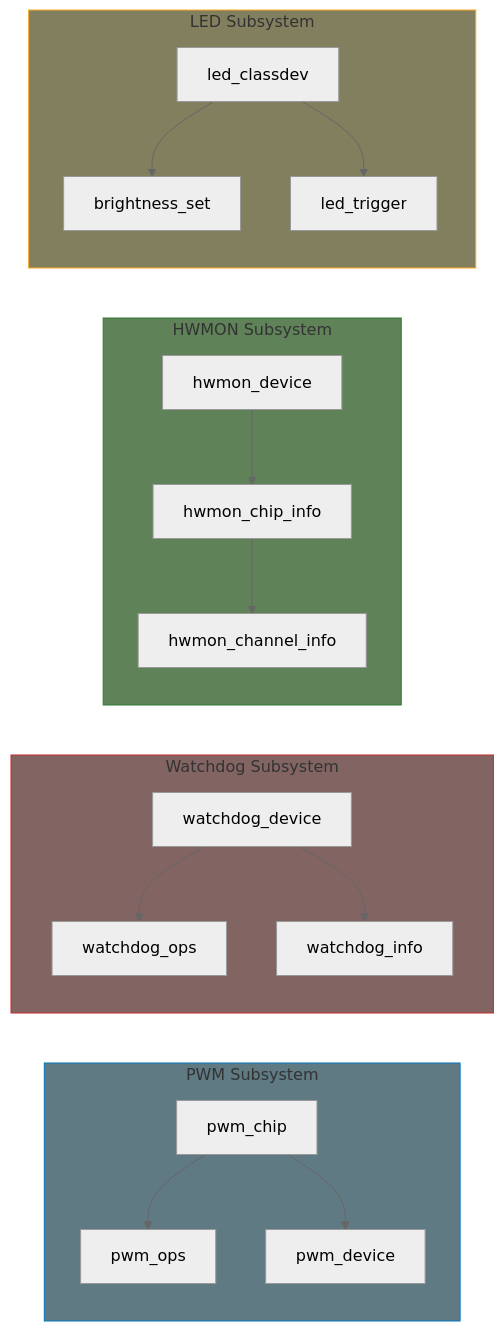
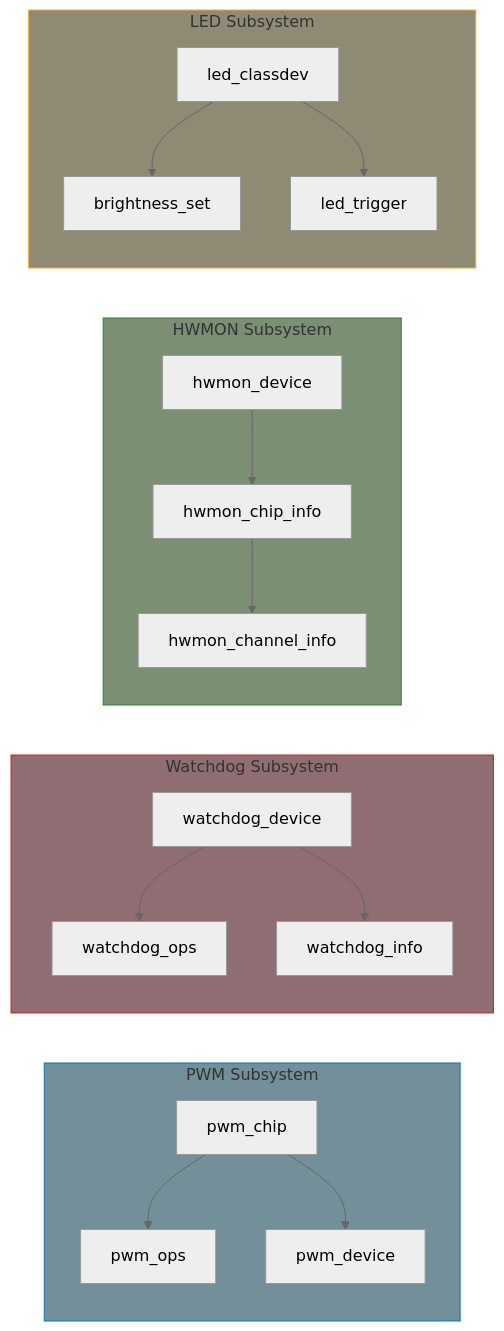
One commit to MichaelTien8901/linux-driver-guide-tutorial changed the second of 2 diagrams in part10/index.md. Above: the diagram before and after it, drawn with Mermaid (neutral theme). The commit also changed 36 other files, not shown here.

Commit message:
Fix mermaid diagram colors to use consistent paper-like theme

````diff
--- a/part10/index.md
+++ b/part10/index.md
@@ -83,39 +83,39 @@
 ```mermaid
 flowchart LR
     subgraph PWM_Sub["PWM Subsystem"]
         PWMCHIP["pwm_chip"]
         PWMDEV["pwm_device"]
         PWMOPS["pwm_ops"]
         PWMCHIP --> PWMOPS
         PWMCHIP --> PWMDEV
     end
 
     subgraph WDT_Sub["Watchdog Subsystem"]
         WDTDEV2["watchdog_device"]
         WDTOPS["watchdog_ops"]
         WDTINFO["watchdog_info"]
         WDTDEV2 --> WDTOPS
         WDTDEV2 --> WDTINFO
     end
 
     subgraph HWMON_Sub["HWMON Subsystem"]
         HWDEV["hwmon_device"]
         HWCHIP["hwmon_chip_info"]
         HWCHAN["hwmon_channel_info"]
         HWDEV --> HWCHIP
         HWCHIP --> HWCHAN
     end
 
     subgraph LED_Sub["LED Subsystem"]
         LEDCDEV["led_classdev"]
         LEDOPS["brightness_set"]
         TRIGGER["led_trigger"]
         LEDCDEV --> LEDOPS
         LEDCDEV --> TRIGGER
     end
 
-    style PWM_Sub fill:#5f7a82,stroke:#0277bd
-    style WDT_Sub fill:#826563,stroke:#c62828
-    style HWMON_Sub fill:#5f8259,stroke:#2e7d32
-    style LED_Sub fill:#827f5f,stroke:#f9a825
+    style PWM_Sub fill:#738f99,stroke:#0277bd
+    style WDT_Sub fill:#8f6d72,stroke:#c62828
+    style HWMON_Sub fill:#7a8f73,stroke:#2e7d32
+    style LED_Sub fill:#8f8a73,stroke:#f9a825
 ```
````
